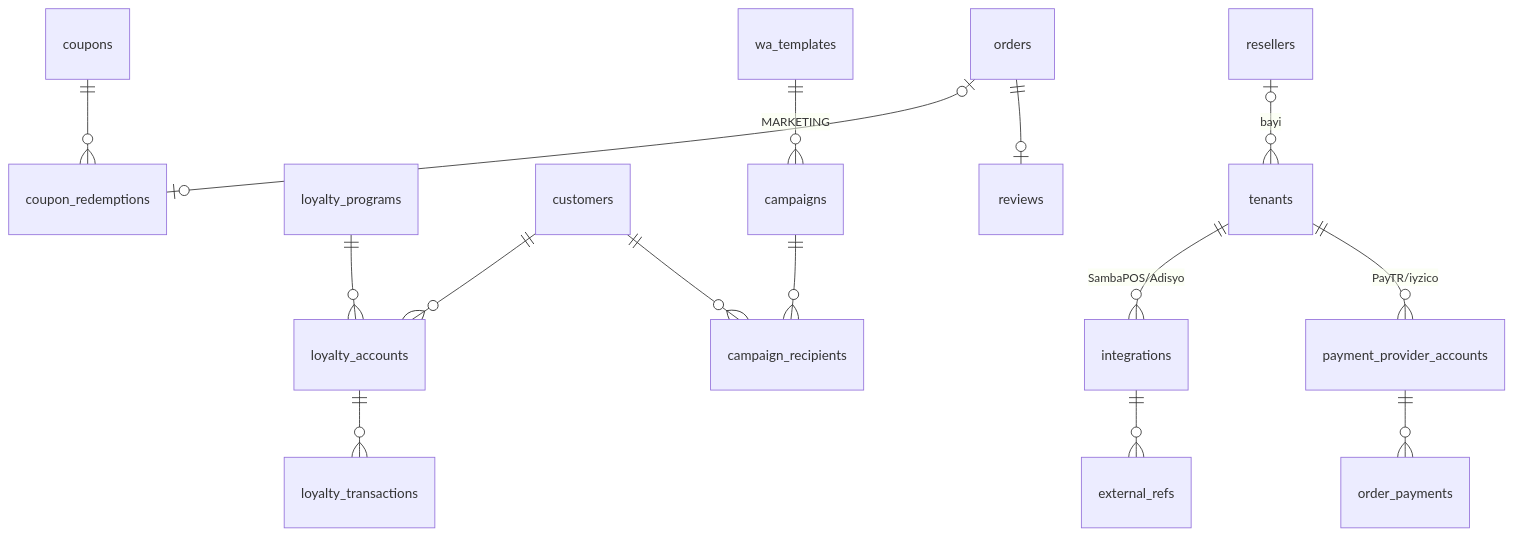
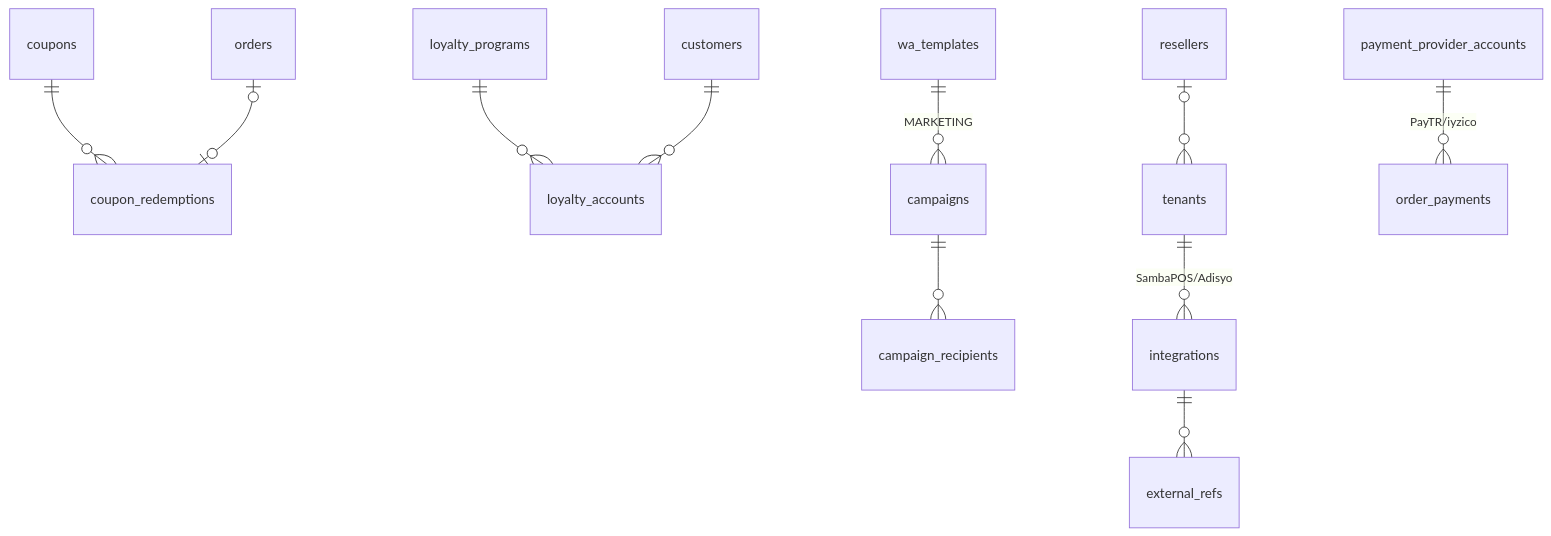
The seventh of 9 diagrams in docs/07-veri-modeli-ve-api.md (eraycaylak/siparisinonunde), drawn with Mermaid before and after one commit. The commit also changed other lines of this file, not shown here.

````diff
--- a/docs/07-veri-modeli-ve-api.md
+++ b/docs/07-veri-modeli-ve-api.md
@@ -347,17 +288,13 @@
 ```mermaid
 erDiagram
   coupons ||--o{ coupon_redemptions : ""
   orders |o--o| coupon_redemptions : ""
   loyalty_programs ||--o{ loyalty_accounts : ""
   customers ||--o{ loyalty_accounts : ""
-  loyalty_accounts ||--o{ loyalty_transactions : ""
   wa_templates ||--o{ campaigns : "MARKETING"
   campaigns ||--o{ campaign_recipients : ""
-  customers ||--o{ campaign_recipients : ""
-  orders ||--o| reviews : ""
-  resellers |o--o{ tenants : "bayi"
+  resellers |o--o{ tenants : ""
   tenants ||--o{ integrations : "SambaPOS/Adisyo"
   integrations ||--o{ external_refs : ""
-  tenants ||--o{ payment_provider_accounts : "PayTR/iyzico"
-  payment_provider_accounts ||--o{ order_payments : ""
+  payment_provider_accounts ||--o{ order_payments : "PayTR/iyzico"
 ```
````
